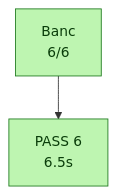
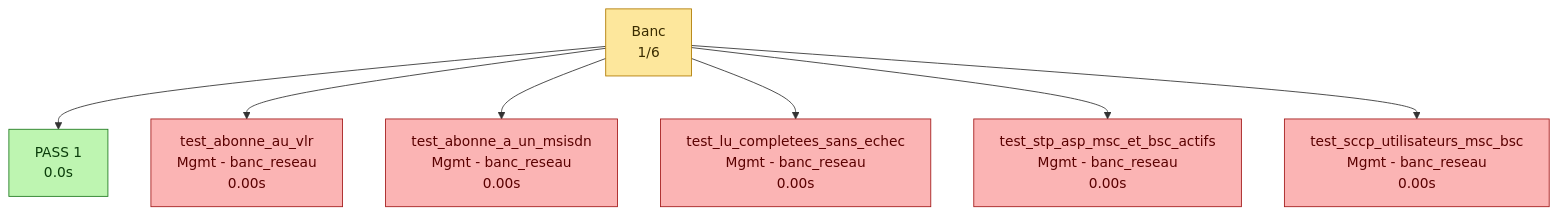
Before and after one commit to bbaranoff/tests: the second of 2 diagrams in pytest/reseau/test_results.md, drawn with Mermaid. The commit also changed other lines of this file and 129 other files, not shown here.

````diff
--- a/pytest/reseau/test_results.md
+++ b/pytest/reseau/test_results.md
@@ -87,12 +92,22 @@
 ```mermaid
 flowchart TB
   classDef pass    fill:#bef5b1,stroke:#1f7a1f,color:#0a3d0a;
   classDef partial fill:#fde79c,stroke:#b07a00,color:#3a2c00;
   classDef fail    fill:#fbb4b4,stroke:#a31a1a,color:#5a0000;
   classDef skip    fill:#e0e0e0,stroke:#6a6a6a,color:#333;
   classDef xfail   fill:#fde79c,stroke:#b07a00,color:#3a2c00;
-  C_Banc["Banc<br/>6/6"]
-  C_Banc --> T_001_pass_grp_Banc["PASS 6<br/>6.5s"]
-  class C_Banc pass;
+  C_Banc["Banc<br/>1/6"]
+  C_Banc --> T_001_pass_grp_Banc["PASS 1<br/>0.0s"]
+  C_Banc --> T_002_test_abonne_au_vlr["test_abonne_au_vlr<br/>Mgmt - banc_reseau<br/>0.00s"]
+  C_Banc --> T_003_test_abonne_a_un_msisdn["test_abonne_a_un_msisdn<br/>Mgmt - banc_reseau<br/>0.00s"]
+  C_Banc --> T_004_test_lu_completees_sans_echec["test_lu_completees_sans_echec<br/>Mgmt - banc_reseau<br/>0.00s"]
+  C_Banc --> T_005_test_stp_asp_msc_et_bsc_actifs["test_stp_asp_msc_et_bsc_actifs<br/>Mgmt - banc_reseau<br/>0.00s"]
+  C_Banc --> T_006_test_sccp_utilisateurs_msc_bsc["test_sccp_utilisateurs_msc_bsc<br/>Mgmt - banc_reseau<br/>0.00s"]
+  class C_Banc partial;
   class T_001_pass_grp_Banc pass;
+  class T_002_test_abonne_au_vlr fail;
+  class T_003_test_abonne_a_un_msisdn fail;
+  class T_004_test_lu_completees_sans_echec fail;
+  class T_005_test_stp_asp_msc_et_bsc_actifs fail;
+  class T_006_test_sccp_utilisateurs_msc_bsc fail;
 ```
````
